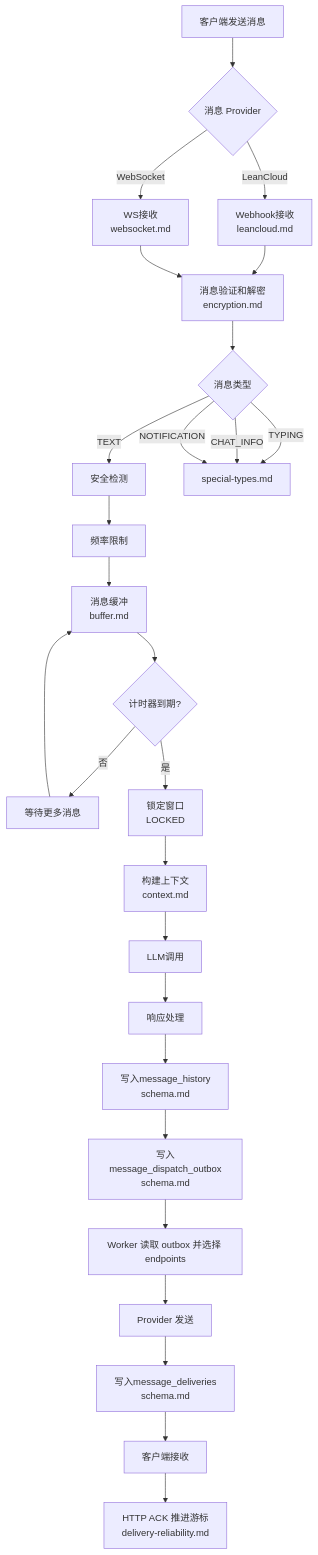
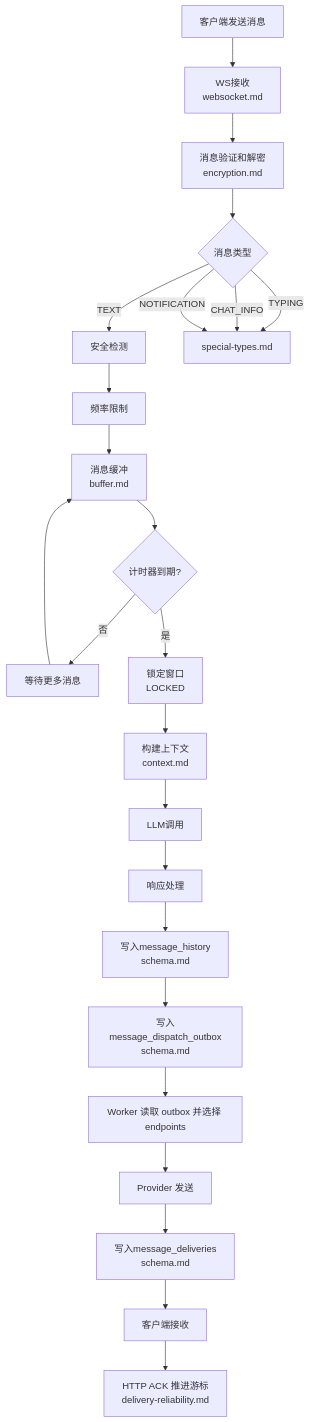
One commit to Monopink/ailo changed the diagram in docs/spec/message/README.md. Above: the diagram before and after it, drawn with Mermaid. The commit also changed 123 other files, not shown here.

````diff
--- a/docs/spec/message/README.md
+++ b/docs/spec/message/README.md
@@ -7,33 +7,30 @@
 ```mermaid
 flowchart TB
-    A[客户端发送消息] --> B{消息 Provider}
-    B -->|LeanCloud| C[Webhook接收<br/>leancloud.md]
-    B -->|WebSocket| D[WS接收<br/>websocket.md]
-    C --> E[消息验证和解密<br/>encryption.md]
-    D --> E
-    E --> F{消息类型}
+    A[客户端发送消息] --> B[WS接收<br/>websocket.md]
+    B --> C[消息验证和解密<br/>encryption.md]
+    C --> D{消息类型}
 
-    F -->|TEXT| G[安全检测]
-    F -->|TYPING| H[special-types.md]
-    F -->|CHAT_INFO| H
-    F -->|NOTIFICATION| H
+    D -->|TEXT| E[安全检测]
+    D -->|TYPING| F[special-types.md]
+    D -->|CHAT_INFO| F
+    D -->|NOTIFICATION| F
 
-    G --> I[频率限制]
-    I --> J[消息缓冲<br/>buffer.md]
-    J --> K{计时器到期?}
+    E --> G[频率限制]
+    G --> H[消息缓冲<br/>buffer.md]
+    H --> I{计时器到期?}
 
-    K -->|否| L[等待更多消息]
-    L --> J
+    I -->|否| J[等待更多消息]
+    J --> H
 
-    K -->|是| M[锁定窗口<br/>LOCKED]
-    M --> N[构建上下文<br/>context.md]
-    N --> O[LLM调用]
-    O --> P[响应处理]
-    P --> Q[写入message_history<br/>schema.md]
-    Q --> R[写入message_dispatch_outbox<br/>schema.md]
-    R --> S[Worker 读取 outbox 并选择 endpoints]
-    S --> T[Provider 发送]
-    T --> U[写入message_deliveries<br/>schema.md]
-    U --> V[客户端接收]
-    V --> W[HTTP ACK 推进游标<br/>delivery-reliability.md]
+    I -->|是| K[锁定窗口<br/>LOCKED]
+    K --> L[构建上下文<br/>context.md]
+    L --> M[LLM调用]
+    M --> N[响应处理]
+    N --> O[写入message_history<br/>schema.md]
+    O --> P[写入message_dispatch_outbox<br/>schema.md]
+    P --> Q[Worker 读取 outbox 并选择 endpoints]
+    Q --> R[Provider 发送]
+    R --> S[写入message_deliveries<br/>schema.md]
+    S --> T[客户端接收]
+    T --> U[HTTP ACK 推进游标<br/>delivery-reliability.md]
 ```
````
